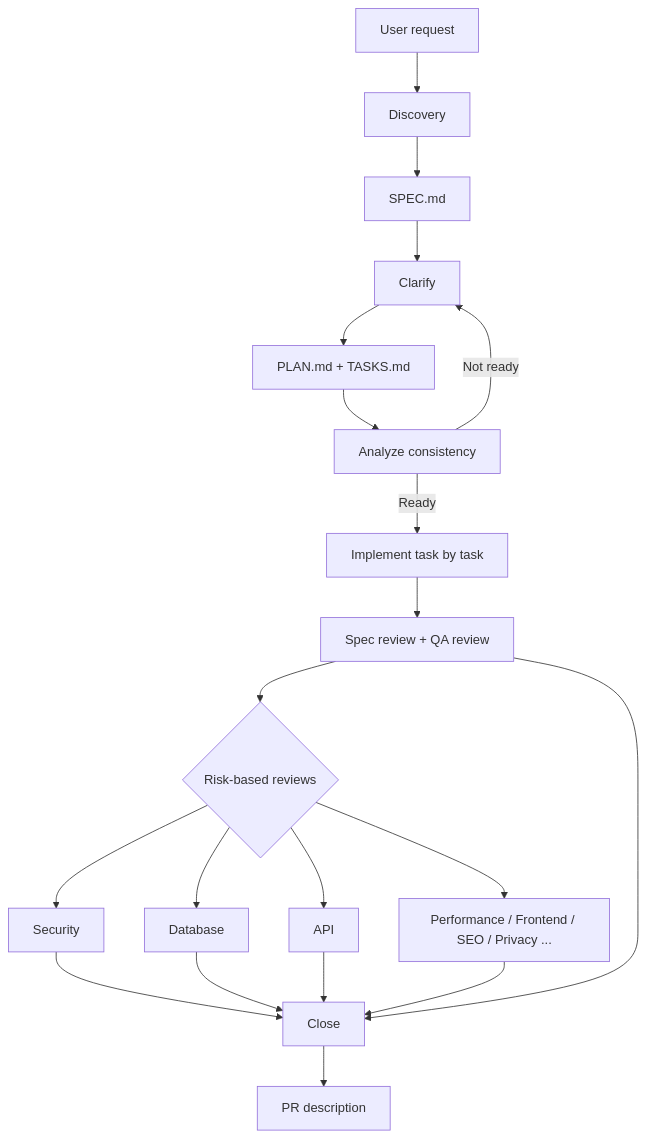
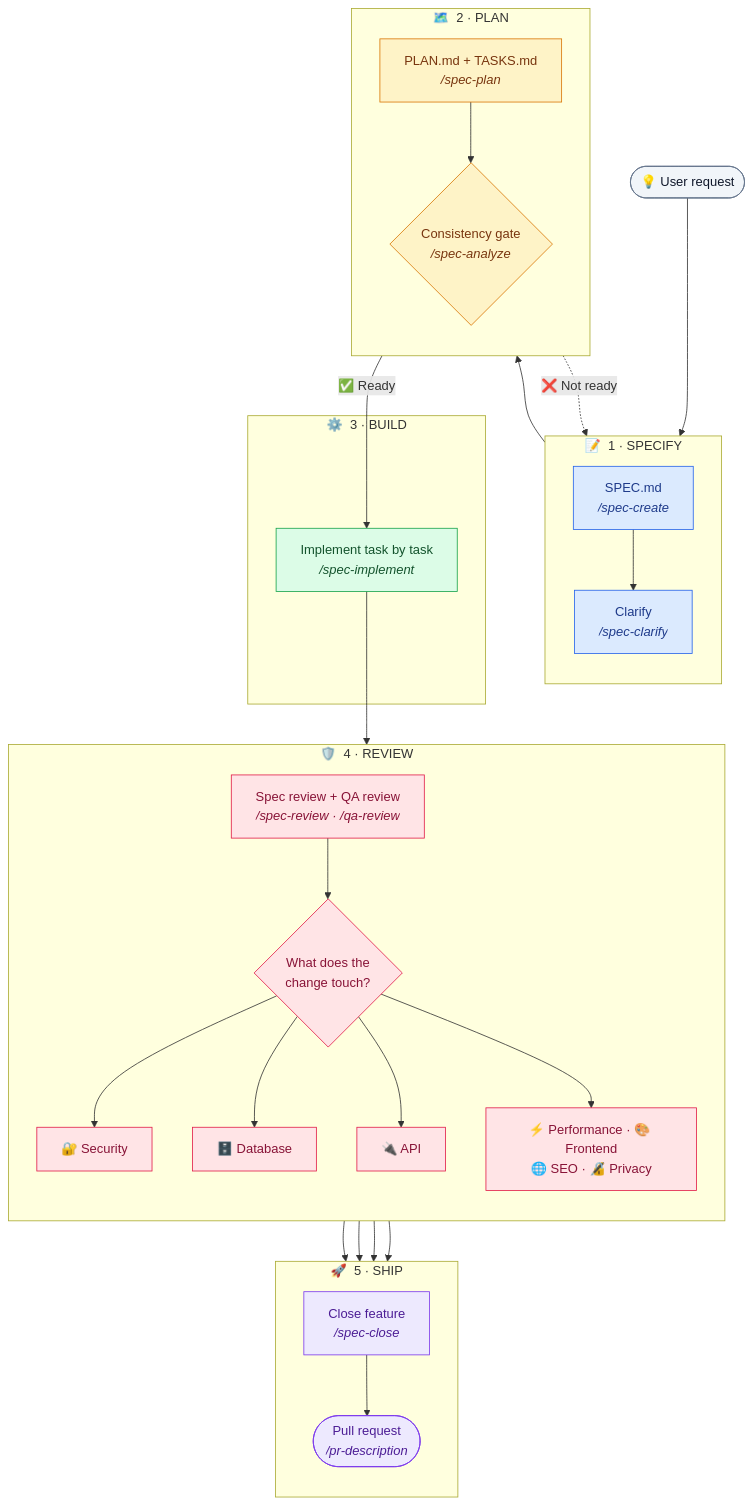
One commit to manujc00005/spec-driven-development changed the first of 5 diagrams in README.md. Above: the diagram before and after it, drawn with Mermaid. The commit also changed other lines of this file, not shown here.

````diff
--- a/README.md
+++ b/README.md
@@ -104,22 +120,55 @@
 ```mermaid
 flowchart TD
-    A[User request] --> B[Discovery]
-    B --> C[SPEC.md]
-    C --> D[Clarify]
-    D --> E[PLAN.md + TASKS.md]
-    E --> F[Analyze consistency]
-    F -- Ready --> G[Implement task by task]
-    F -- Not ready --> D
-    G --> H[Spec review + QA review]
-    H --> I{Risk-based reviews}
-    I --> R1[Security]
-    I --> R2[Database]
-    I --> R3[API]
-    I --> R4[Performance / Frontend / SEO / Privacy ...]
-    R1 --> J[Close]
+    A(["💡 User request"]) --> C
+
+    subgraph P1["📝 &nbsp;1 · SPECIFY"]
+        direction TB
+        C["SPEC.md<br/><i>/spec-create</i>"] --> D["Clarify<br/><i>/spec-clarify</i>"]
+    end
+
+    subgraph P2["🗺️ &nbsp;2 · PLAN"]
+        direction TB
+        E["PLAN.md + TASKS.md<br/><i>/spec-plan</i>"] --> F{"Consistency gate<br/><i>/spec-analyze</i>"}
+    end
+
+    subgraph P3["⚙️ &nbsp;3 · BUILD"]
+        G["Implement task by task<br/><i>/spec-implement</i>"]
+    end
+
+    subgraph P4["🛡️ &nbsp;4 · REVIEW"]
+        direction TB
+        H["Spec review + QA review<br/><i>/spec-review · /qa-review</i>"] --> I{"What does the<br/>change touch?"}
+        I --> R1["🔐 Security"]
+        I --> R2["🗄️ Database"]
+        I --> R3["🔌 API"]
+        I --> R4["⚡ Performance · 🎨 Frontend<br/>🌐 SEO · 🔏 Privacy"]
+    end
+
+    subgraph P5["🚀 &nbsp;5 · SHIP"]
+        direction TB
+        J["Close feature<br/><i>/spec-close</i>"] --> K(["Pull request<br/><i>/pr-description</i>"])
+    end
+
+    D --> E
+    F -->|"✅ Ready"| G
+    F -.->|"❌ Not ready"| D
+    G --> H
+    R1 --> J
     R2 --> J
     R3 --> J
     R4 --> J
-    H --> J
-    J --> K[PR description]
+
+    classDef entry fill:#f1f5f9,stroke:#64748b,color:#0f172a
+    classDef spec fill:#dbeafe,stroke:#2563eb,color:#1e3a8a
+    classDef plan fill:#fef3c7,stroke:#d97706,color:#78350f
+    classDef build fill:#dcfce7,stroke:#16a34a,color:#14532d
+    classDef review fill:#ffe4e6,stroke:#e11d48,color:#881337
+    classDef ship fill:#ede9fe,stroke:#7c3aed,color:#4c1d95
+
+    class A entry
+    class C,D spec
+    class E,F plan
+    class G build
+    class H,I,R1,R2,R3,R4 review
+    class J,K ship
 ```
````
